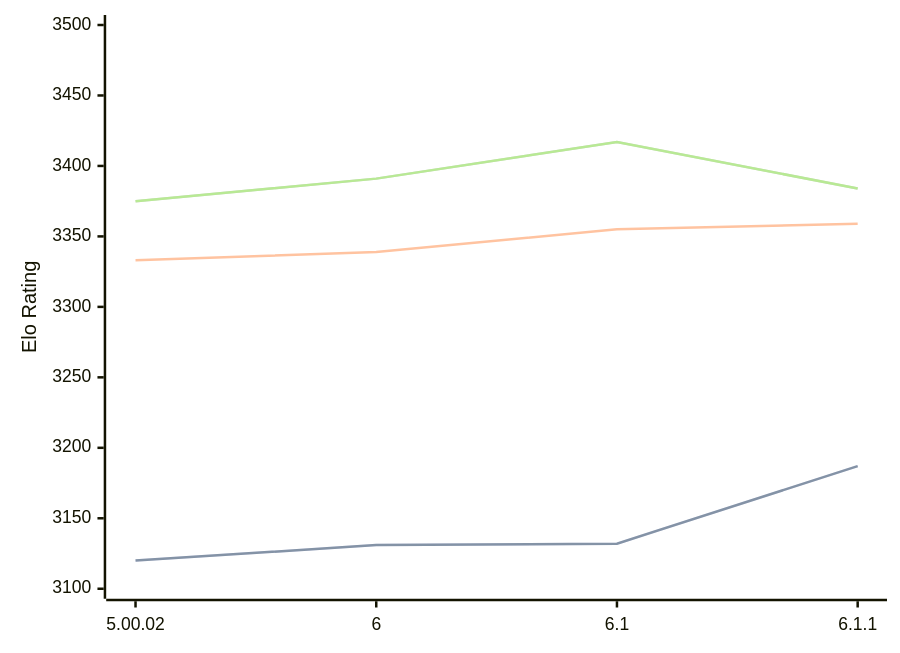
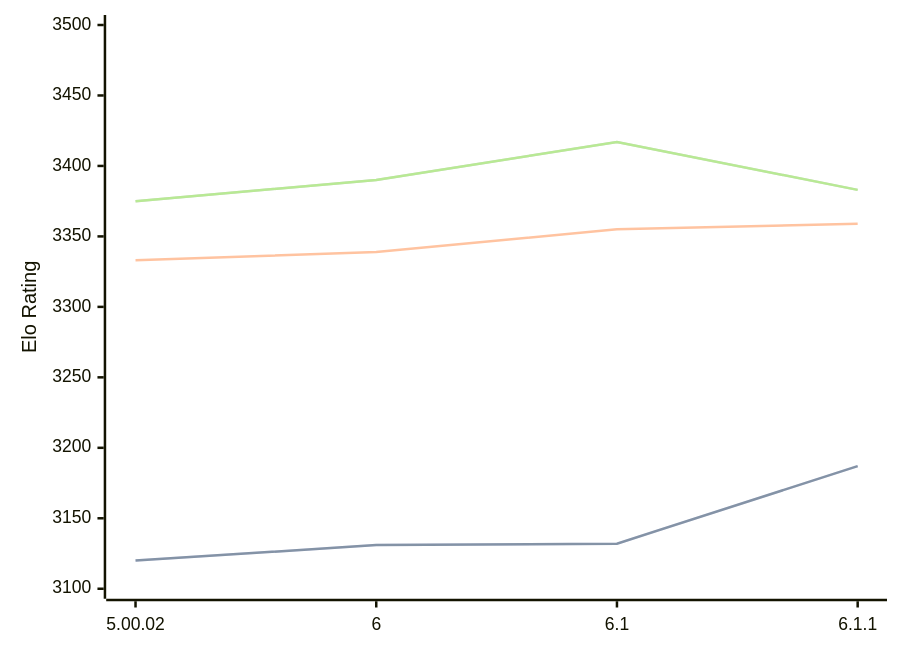
Before and after one commit to computer-chess-index/cci: the first of 3 diagrams in engines/Zangdar.md, drawn with Mermaid. The commit also changed other lines of this file, not shown here.

Commit message:
Update CCI Ratings (ELO VLTC) - 2026-06-17

````diff
--- a/engines/Zangdar.md
+++ b/engines/Zangdar.md
@@ -46,11 +46,11 @@
 ```mermaid
 %%{init: {"theme":"base","themeVariables":{"seriesColors:['#a3a3a3','#222221','#faa371']}}}%%
 xychart-beta
   x-axis ["5.00.02", "6", "6.1", "6.1.1"]
   y-axis "Elo Rating" 3100 --> 3500
   line "STC (8.0+0.08s)" [3120, 3131, 3132, 3187]
   line "STC (8.0+0.08s)" [3120, 3131, 3132, 3187]
   line "LTC (60.0+0.60s)" [3333, 3339, 3355, 3359]
-  line "VLTC (2m24s+1.12s)" [3375, 3391, 3417, 3384]
-  line "VLTC (2m24s+1.12s)" [3375, 3391, 3417, 3384]
+  line "VLTC (2m24s+1.12s)" [3375, 3390, 3417, 3383]
+  line "VLTC (2m24s+1.12s)" [3375, 3390, 3417, 3383]
 ```
````
